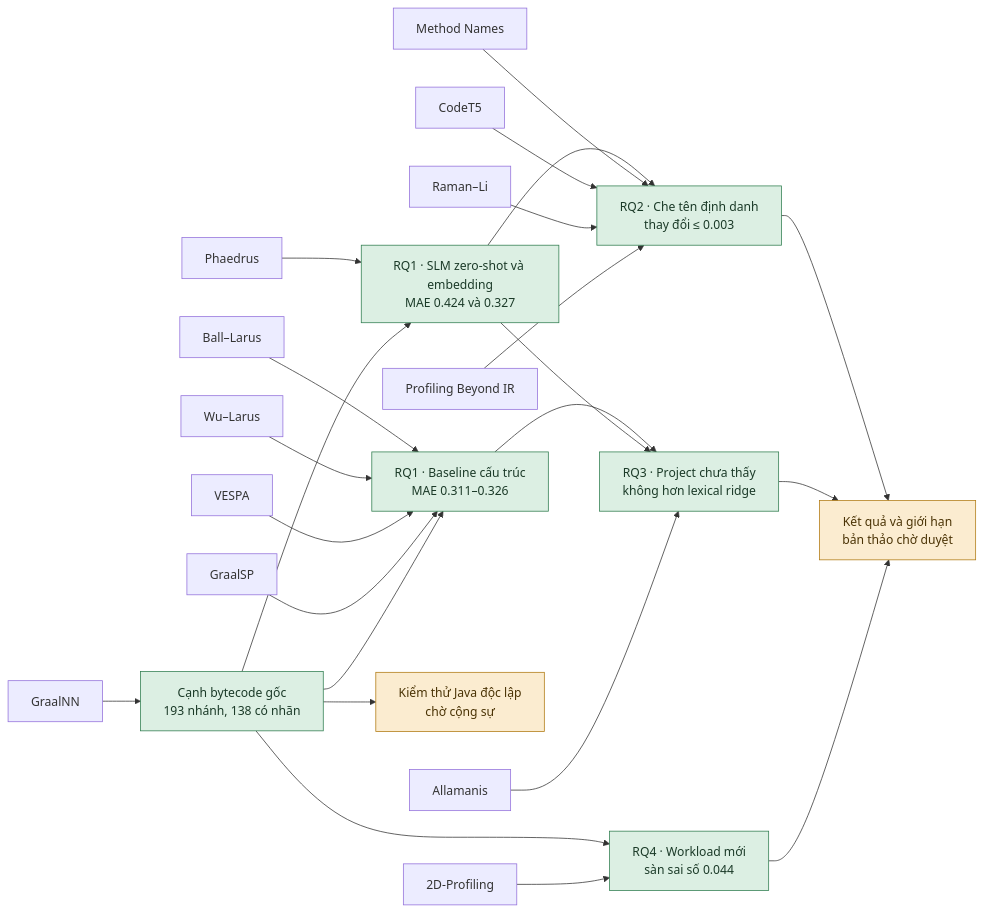
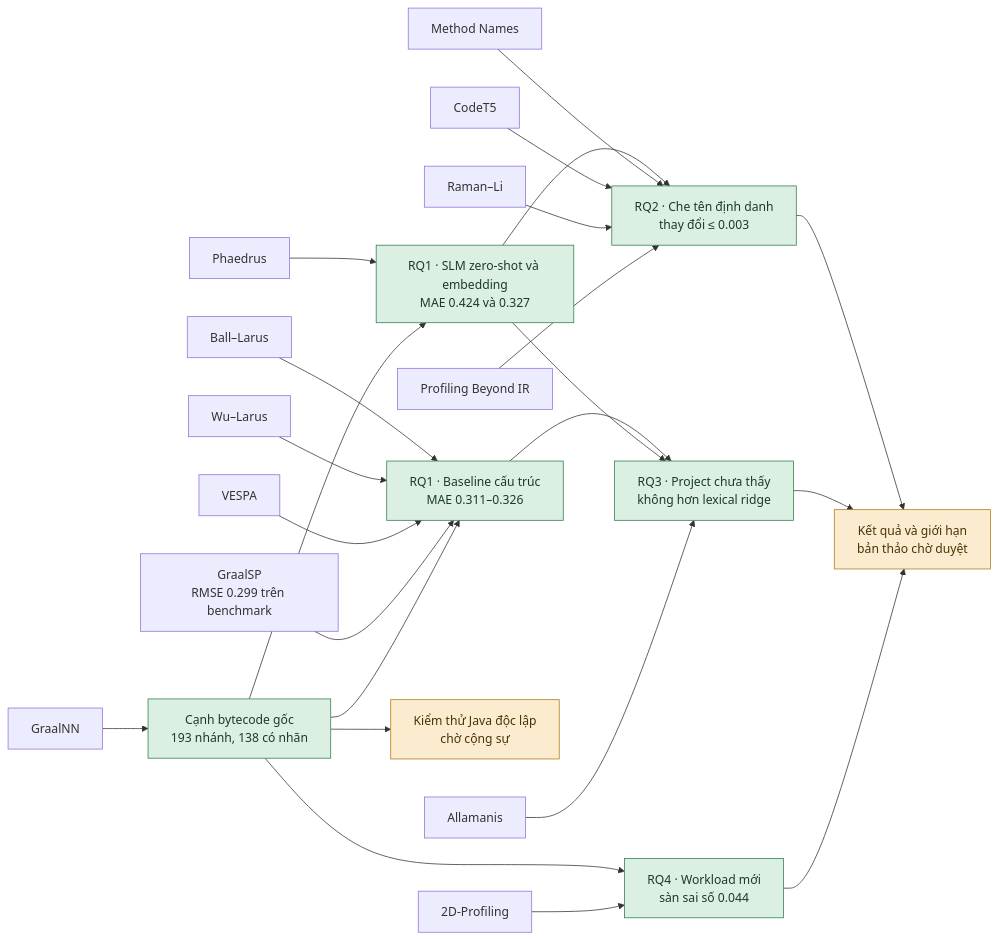
Before and after one commit to minggu151623/llm_profiling_research: the diagram in research/literature/README.md, drawn with Mermaid. The commit also changed other lines of this file, not shown here.

Commit message:
Show the GraalSP held-out RMSE on the rendered DAG

````diff
--- a/research/literature/README.md
+++ b/research/literature/README.md
@@ -5,49 +5,49 @@
 ```mermaid
 flowchart LR
-    graalsp["GraalSP"]
+    graalsp["GraalSP<br/>RMSE 0.299 trên benchmark"]
     graalnn["GraalNN"]
     method_names["Method Names"]
     ball_larus["Ball–Larus"]
     wu_larus["Wu–Larus"]
     vespa["VESPA"]
     raman_li["Raman–Li"]
     codet5["CodeT5"]
     duplicates["Allamanis"]
     kim_input["2D-Profiling"]
     phaedrus["Phaedrus"]
     SIG["Profiling Beyond IR"]
     DATA["Cạnh bytecode gốc<br/>193 nhánh, 138 có nhãn"]
     JAVA["Kiểm thử Java độc lập<br/>chờ cộng sự"]
     BASE["RQ1 · Baseline cấu trúc<br/>MAE 0.311–0.326"]
     SLM["RQ1 · SLM zero-shot và embedding<br/>MAE 0.424 và 0.327"]
     E1["RQ2 · Che tên định danh<br/>thay đổi ≤ 0.003"]
     E2["RQ3 · Project chưa thấy<br/>không hơn lexical ridge"]
     E3["RQ4 · Workload mới<br/>sàn sai số 0.044"]
     CLAIMS["Kết quả và giới hạn<br/>bản thảo chờ duyệt"]
     graalnn --> DATA
     DATA --> JAVA
     ball_larus --> BASE
     wu_larus --> BASE
     vespa --> BASE
     graalsp --> BASE
     DATA --> BASE
     phaedrus --> SLM
     DATA --> SLM
     SLM --> E1
     method_names --> E1
     codet5 --> E1
     raman_li --> E1
     SIG --> E1
     BASE --> E2
     SLM --> E2
     duplicates --> E2
     DATA --> E3
     kim_input --> E3
     E1 --> CLAIMS
     E2 --> CLAIMS
     E3 --> CLAIMS
     classDef measured fill:#dcefe3,stroke:#2f7d4f,color:#1b3a28
     classDef waiting fill:#fbecd0,stroke:#b07a12,color:#4a3305
     class DATA,BASE,SLM,E1,E2,E3 measured
     class JAVA,CLAIMS waiting
 ```
````
